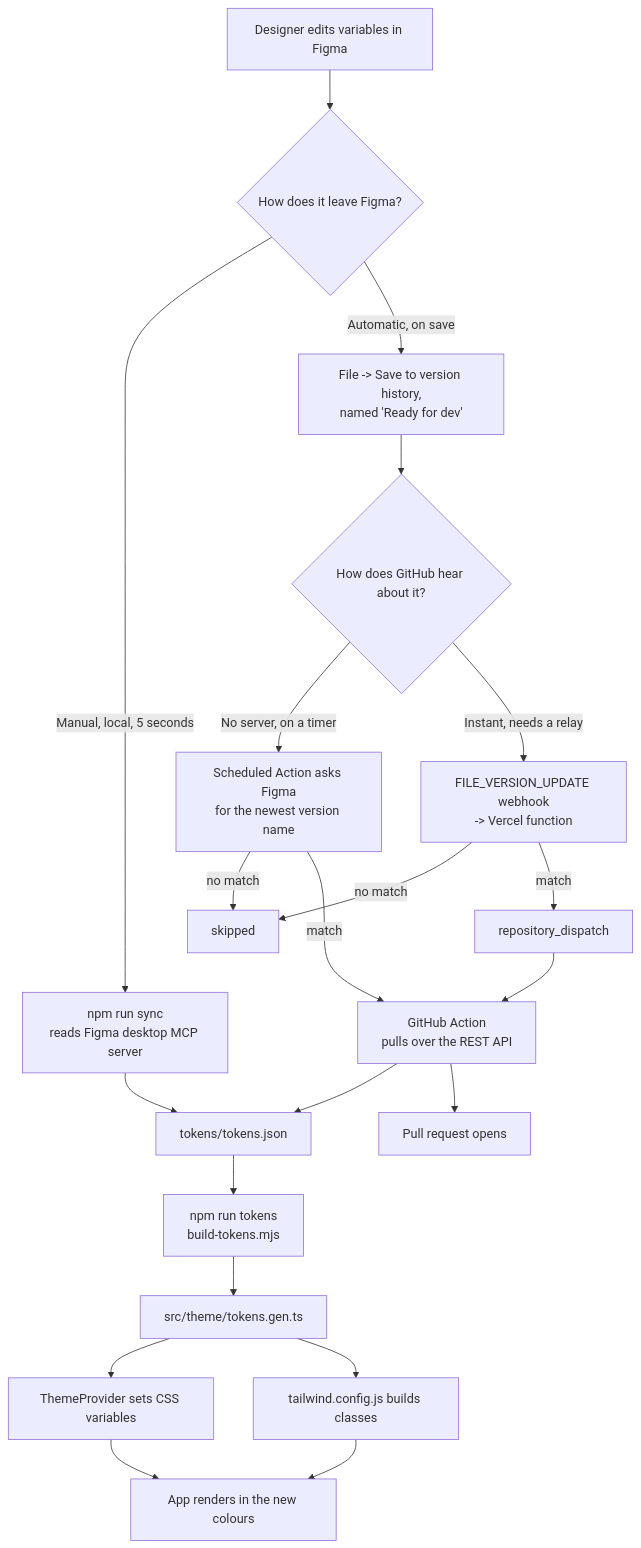
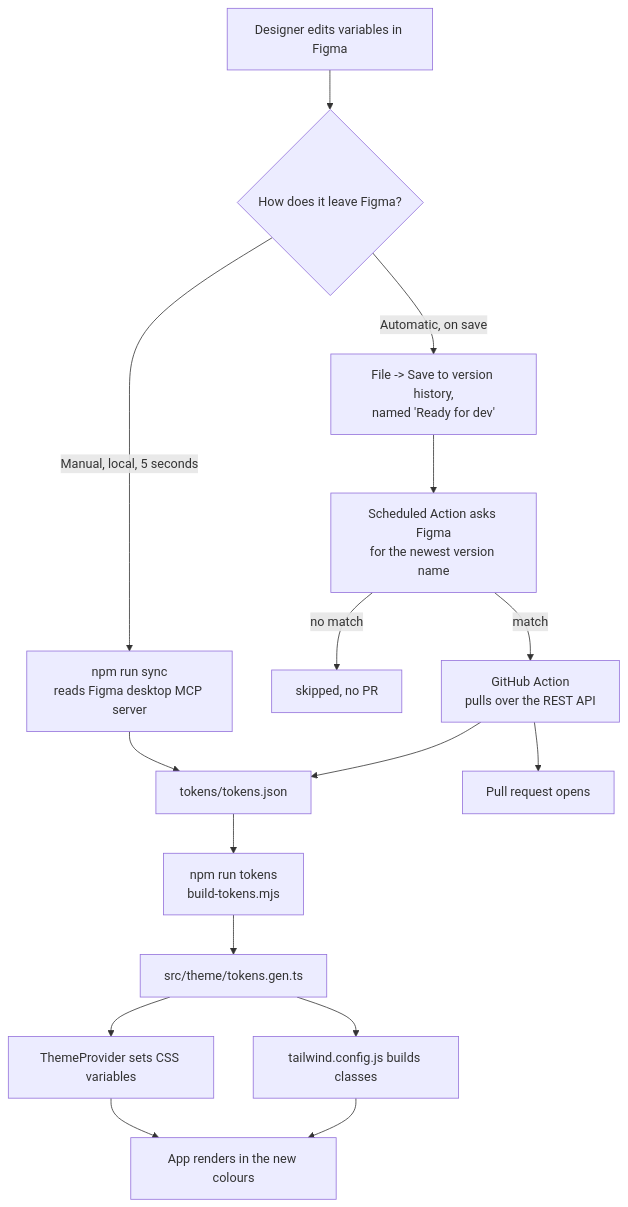
Before and after one commit to serhii-kucherenko/expo-figma-tokens: the third of 5 diagrams in README.md, drawn with Mermaid. The commit also changed other lines of this file and 8 other files, not shown here.

First line of the commit message:
Remove the Vercel relay and document why the approach was chosen

````diff
--- a/README.md
+++ b/README.md
@@ -78,24 +78,20 @@
 ```mermaid
 flowchart TD
   A["Designer edits variables in Figma"] --> B{"How does it leave Figma?"}
   B -->|"Manual, local, 5 seconds"| C["npm run sync<br/>reads Figma desktop MCP server"]
   B -->|"Automatic, on save"| D["File -> Save to version history,<br/>named 'Ready for dev'"]
 
-  D --> E{"How does GitHub hear about it?"}
-  E -->|"No server, on a timer"| E1["Scheduled Action asks Figma<br/>for the newest version name"]
-  E -->|"Instant, needs a relay"| E2["FILE_VERSION_UPDATE webhook<br/>-> Vercel function"]
-  E1 -->|"no match"| G["skipped"]
-  E2 -->|"no match"| G
-  E1 -->|"match"| I["GitHub Action<br/>pulls over the REST API"]
-  E2 -->|"match"| H["repository_dispatch"] --> I
+  D --> E["Scheduled Action asks Figma<br/>for the newest version name"]
+  E -->|"no match"| G["skipped, no PR"]
+  E -->|"match"| I["GitHub Action<br/>pulls over the REST API"]
 
   C --> J["tokens/tokens.json"]
   I --> J
   J --> K["npm run tokens<br/>build-tokens.mjs"]
   K --> L["src/theme/tokens.gen.ts"]
   L --> M["ThemeProvider sets CSS variables"]
   L --> N["tailwind.config.js builds classes"]
   M --> O["App renders in the new colours"]
   N --> O
   I --> P["Pull request opens"]
 ```
````
